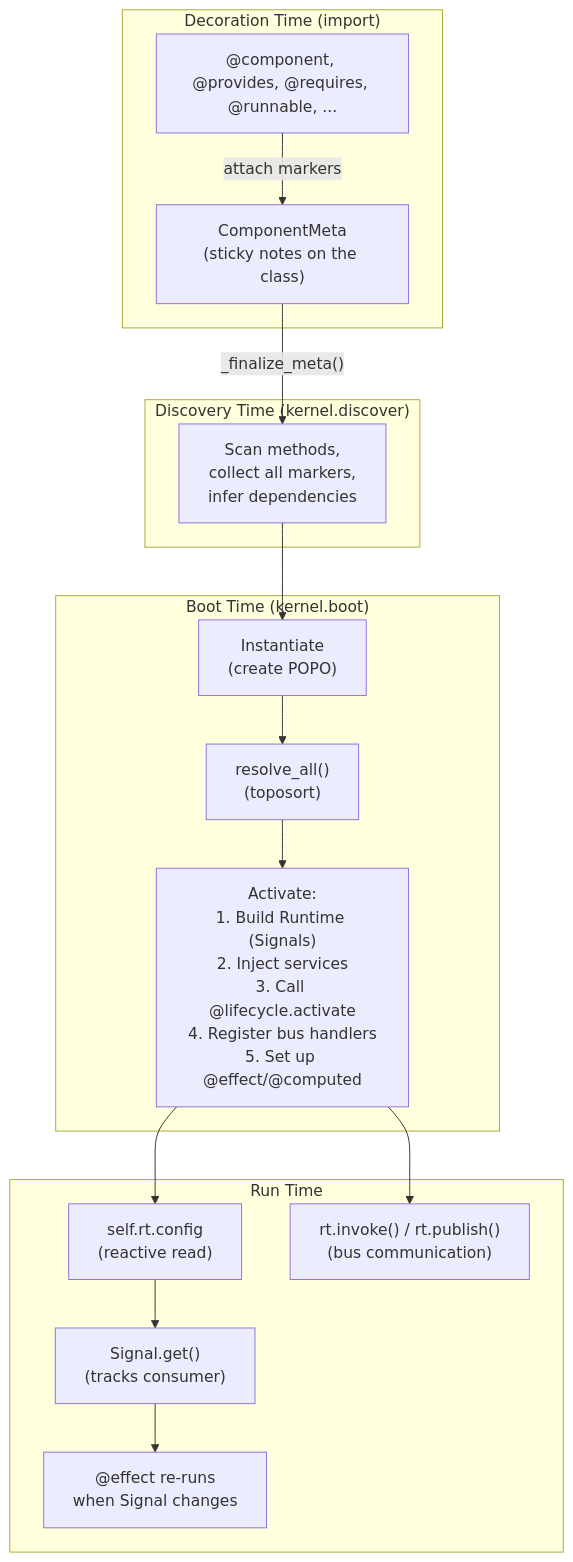
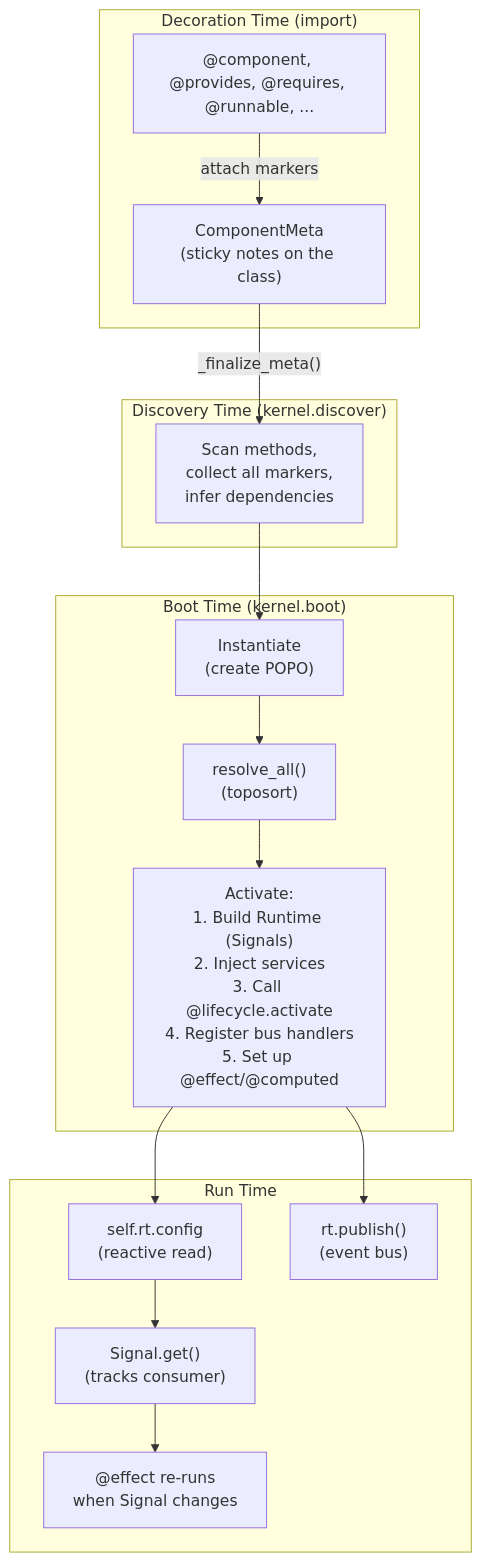
The third of 3 diagrams in docs/concepts/kernel-reading-guide.qmd (bayeslearner/plugkit), drawn with Mermaid before and after one commit. The commit also changed other lines of this file and 43 other files, not shown here.

First line of the commit message:
feat: implement spec 011 — eliminate bus.invoke, direct dispatch

````diff
--- a/docs/concepts/kernel-reading-guide.qmd
+++ b/docs/concepts/kernel-reading-guide.qmd
@@ -524,24 +500,24 @@
 ```{mermaid}
 flowchart TB
     subgraph "Decoration Time (import)"
         Dec["@component, @provides, @requires, @runnable, ..."]
         Dec -->|"attach markers"| Meta["ComponentMeta<br/>(sticky notes on the class)"]
     end
 
     subgraph "Discovery Time (kernel.discover)"
         Meta -->|"_finalize_meta()"| Fin["Scan methods,<br/>collect all markers,<br/>infer dependencies"]
     end
 
     subgraph "Boot Time (kernel.boot)"
         Fin --> Inst["Instantiate<br/>(create POPO)"]
         Inst --> Resolve["resolve_all()<br/>(toposort)"]
         Resolve --> Act["Activate:<br/>1. Build Runtime (Signals)<br/>2. Inject services<br/>3. Call @lifecycle.activate<br/>4. Register bus handlers<br/>5. Set up @effect/@computed"]
     end
 
     subgraph "Run Time"
         Act --> RT["self.rt.config<br/>(reactive read)"]
         RT --> Sig["Signal.get()<br/>(tracks consumer)"]
         Sig --> Eff["@effect re-runs<br/>when Signal changes"]
-        Act --> Bus["rt.invoke() / rt.publish()<br/>(bus communication)"]
+        Act --> Bus["rt.publish()<br/>(event bus)"]
     end
 ```
````
